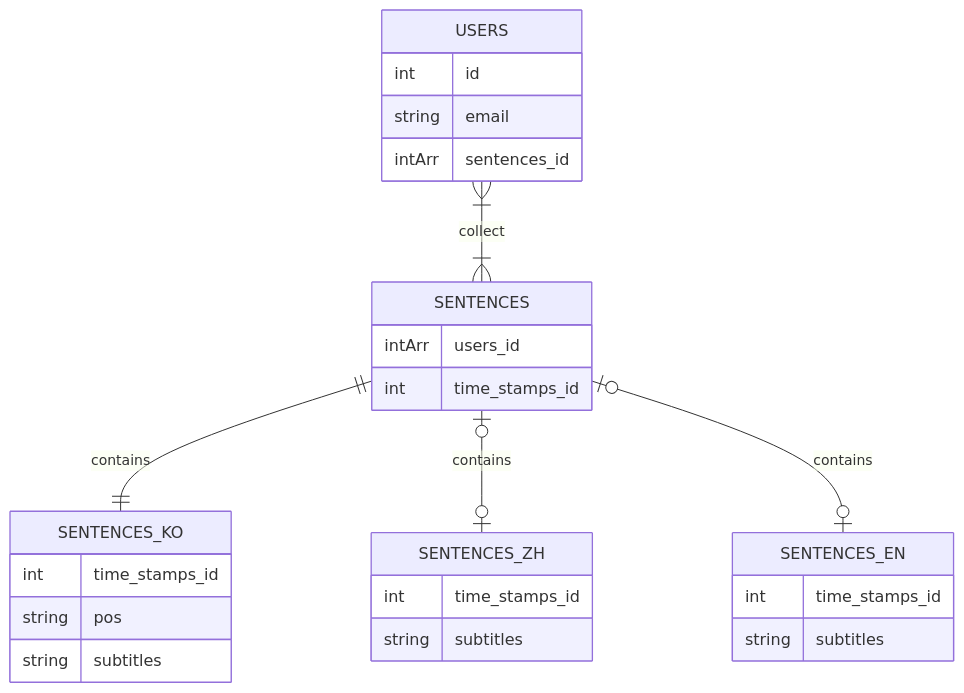
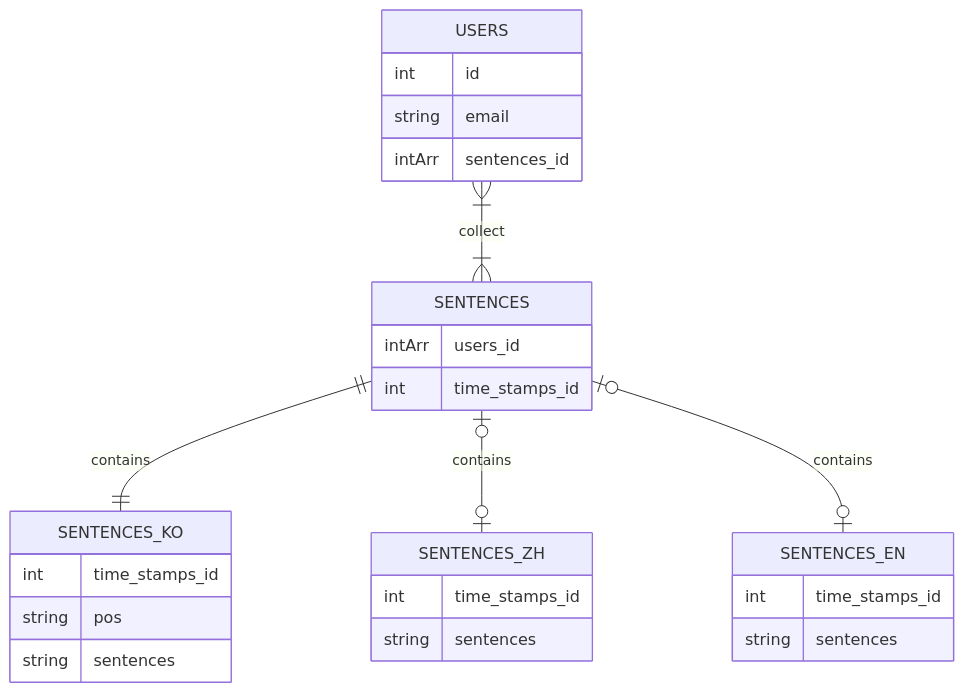
The diagram in README.md (benson00077/korean-learner-back), drawn with Mermaid before and after one commit. The commit also changed other lines of this file and 10 other files, not shown here.

````diff
--- a/README.md
+++ b/README.md
@@ -121,30 +122,30 @@
 ```mermaid
 erDiagram
     USERS }|--|{ SENTENCES: collect
     SENTENCES ||--|| SENTENCES_KO: contains
     SENTENCES |o--o| SENTENCES_ZH: contains
     SENTENCES |o--o| SENTENCES_EN: contains
 
     USERS {
         int id
         string email
         intArr sentences_id
     }
     SENTENCES {
         intArr users_id
         int time_stamps_id
     }
     SENTENCES_KO {
         int time_stamps_id
         string pos
-        string subtitles
+        string sentences
     }
     SENTENCES_ZH {
         int time_stamps_id
-        string subtitles
+        string sentences
     }
     SENTENCES_EN {
         int time_stamps_id
-        string subtitles
+        string sentences
     }
 ```
````
